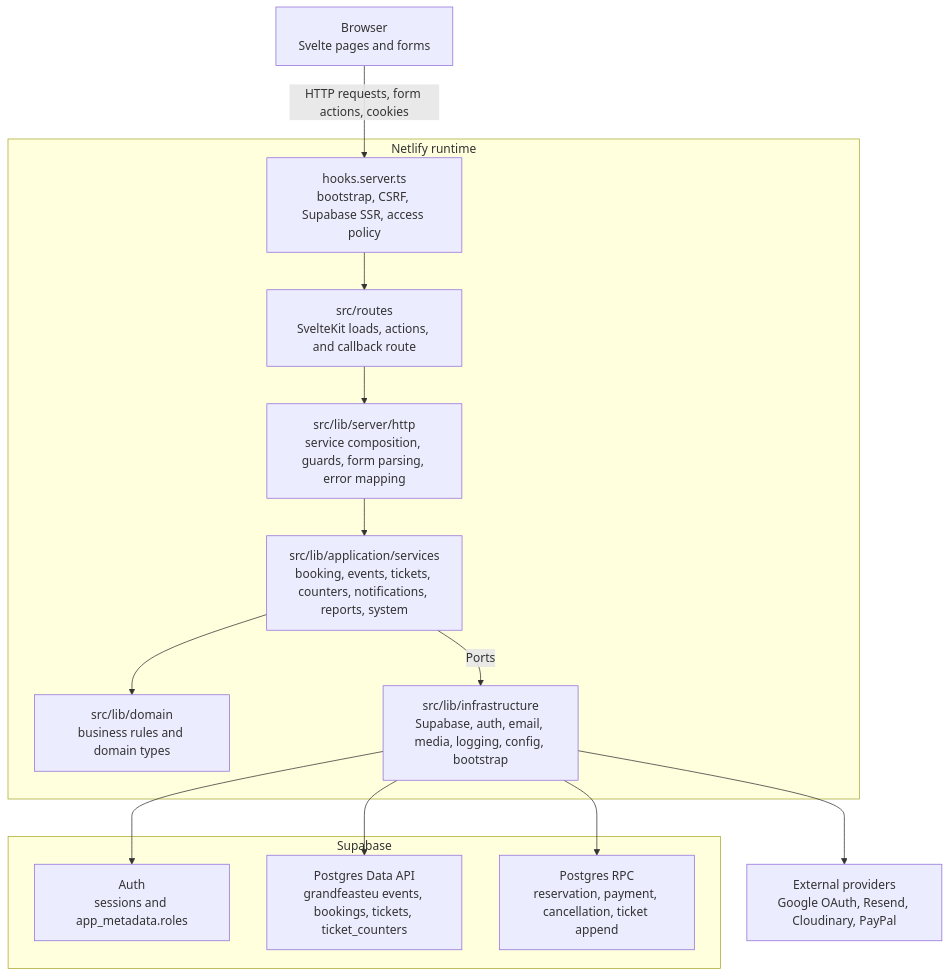
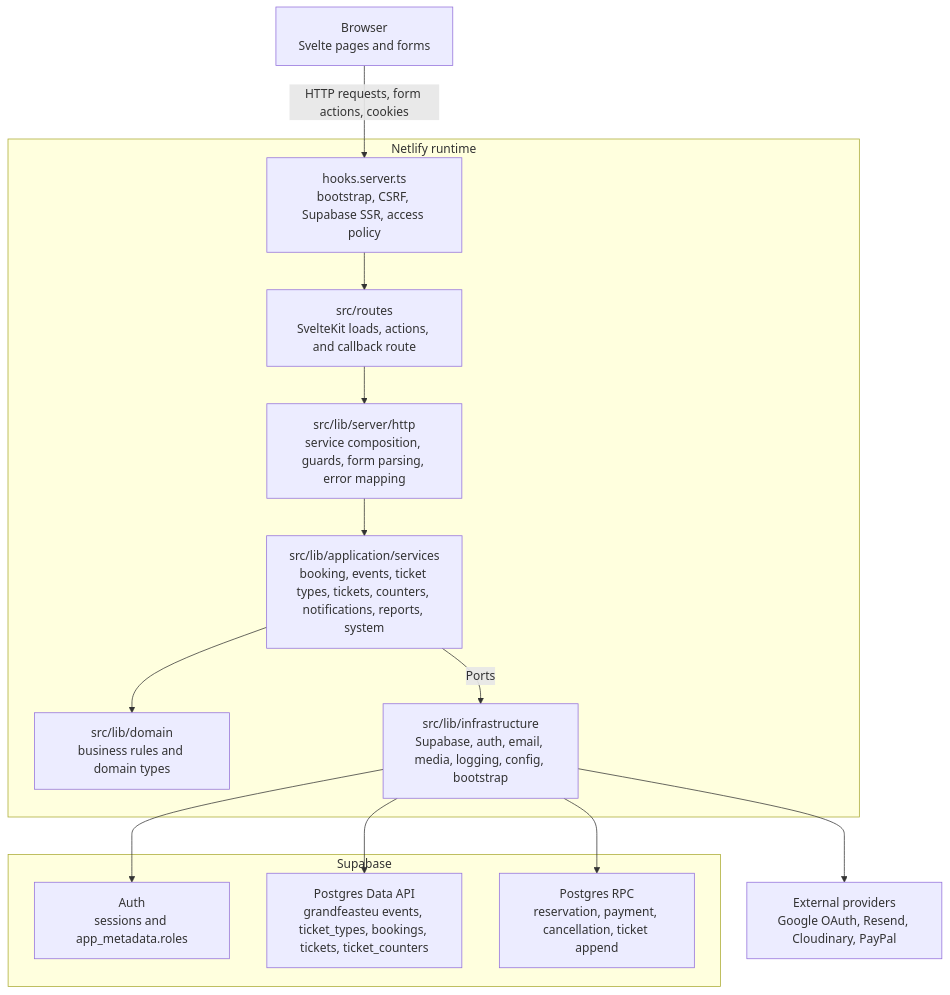
One commit to gretchel2025/gfeurope2 changed the second of 6 diagrams in docs/architecture.md. Above: the diagram before and after it, drawn with Mermaid. The commit also changed 30 other files, not shown here.

Commit message:
add db-backed ticket types

````diff
--- a/docs/architecture.md
+++ b/docs/architecture.md
@@ -48,32 +48,32 @@
 ```mermaid
 flowchart TB
     browser["Browser\nSvelte pages and forms"]
 
     subgraph netlify["Netlify runtime"]
         hooks["hooks.server.ts\nbootstrap, CSRF, Supabase SSR, access policy"]
         routes["src/routes\nSvelteKit loads, actions, and callback route"]
         http["src/lib/server/http\nservice composition, guards, form parsing, error mapping"]
-        appServices["src/lib/application/services\nbooking, events, tickets, counters, notifications, reports, system"]
+        appServices["src/lib/application/services\nbooking, events, ticket types, tickets, counters, notifications, reports, system"]
         domain["src/lib/domain\nbusiness rules and domain types"]
         infra["src/lib/infrastructure\nSupabase, auth, email, media, logging, config, bootstrap"]
     end
 
     subgraph supabase["Supabase"]
         auth["Auth\nsessions and app_metadata.roles"]
-        data["Postgres Data API\ngrandfeasteu events, bookings, tickets, ticket_counters"]
+        data["Postgres Data API\ngrandfeasteu events, ticket_types, bookings, tickets, ticket_counters"]
         rpc["Postgres RPC\nreservation, payment, cancellation, ticket append"]
     end
 
     providers["External providers\nGoogle OAuth, Resend, Cloudinary, PayPal"]
 
     browser -->|"HTTP requests, form actions, cookies"| hooks
     hooks --> routes
     routes --> http
     http --> appServices
     appServices --> domain
     appServices -->|"Ports"| infra
     infra --> auth
     infra --> data
     infra --> rpc
     infra --> providers
 ```
````
